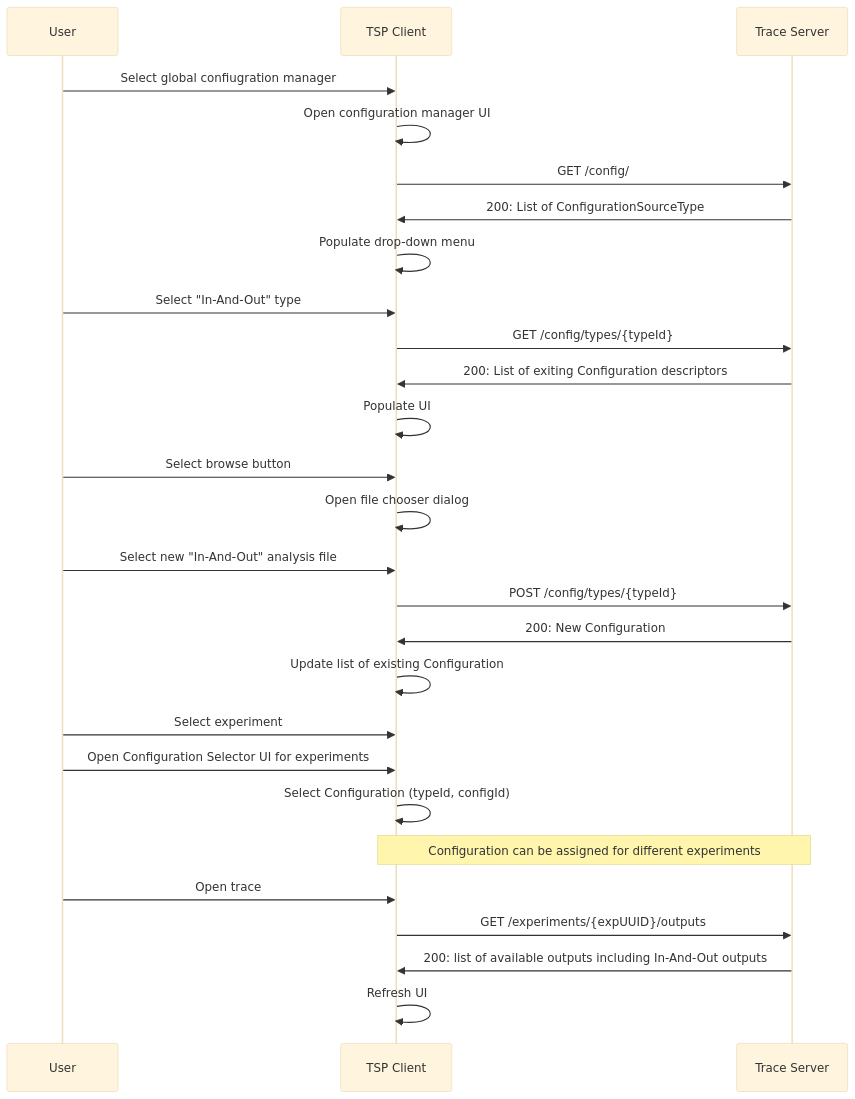
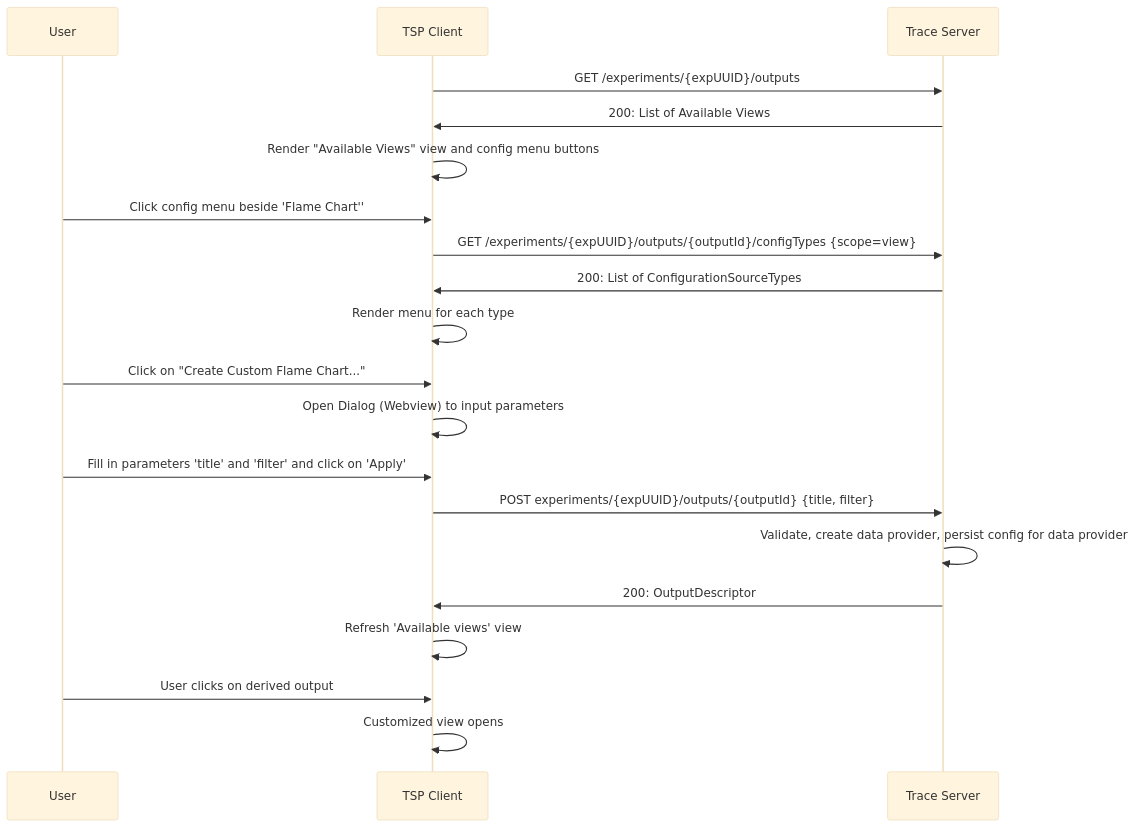
The fourth of 5 diagrams in doc/adr/0011-tsp-analysis-api.md (eclipse-cdt-cloud/theia-trace-extension), drawn with Mermaid (base theme) before and after one commit. The commit also changed other lines of this file, not shown here.

First line of the commit message:
Update 0011-tsp-analysis-api for custom analysis

````diff
--- a/doc/adr/0011-tsp-analysis-api.md
+++ b/doc/adr/0011-tsp-analysis-api.md
@@ -199,29 +225,22 @@
 ```mermaid
 sequenceDiagram
     participant user as User
     participant client as TSP Client
     participant server as Trace Server
-    user->>client: Select global confiugration manager
-    client->>client: Open configuration manager UI
-    client->>server: GET /config/
-    server->>client: 200: List of ConfigurationSourceType
-    client->>client: Populate drop-down menu
-    user->>client: Select "In-And-Out" type
-    client->>server: GET /config/types/{typeId}
-    server->>client: 200: List of exiting Configuration descriptors
-    client->>client: Populate UI
-    user->>client: Select browse button
-    client->>client: Open file chooser dialog
-    user->>client: Select new "In-And-Out" analysis file
-    client->>server: POST /config/types/{typeId}
-    server->>client: 200: New Configuration
-    client->>client: Update list of existing Configuration
-    user->>client: Select experiment
-    user->>client: Open Configuration Selector UI for experiments
-    client->>client: Select Configuration (typeId, configId)
-    Note over client,server: Configuration can be assigned for different experiments
-    user->>client: Open trace
     client->>server: GET /experiments/{expUUID}/outputs
-    server->>client: 200: list of available outputs including In-And-Out outputs
-    client->>client: Refresh UI
+    server->>client: 200: List of Available Views
+    client->>client: Render "Available Views" view and config menu buttons
+    user->>client: Click config menu beside 'Flame Chart''
+    client->>server: GET /experiments/{expUUID}/outputs/{outputId}/configTypes {scope=view}
+    server->>client: 200: List of ConfigurationSourceTypes
+    client->>client: Render menu for each type
+    user->>client: Click on "Create Custom Flame Chart..."
+    client->>client: Open Dialog (Webview) to input parameters
+    user->>client: Fill in parameters 'title' and 'filter' and click on 'Apply'
+    client->>server: POST experiments/{expUUID}/outputs/{outputId} {title, filter}
+    server->>server: Validate, create data provider, persist config for data provider
+    server->>client: 200: OutputDescriptor
+    client->>client: Refresh 'Available views' view
+    user->>client: User clicks on derived output
+    client->>client: Customized view opens
 ```
````
